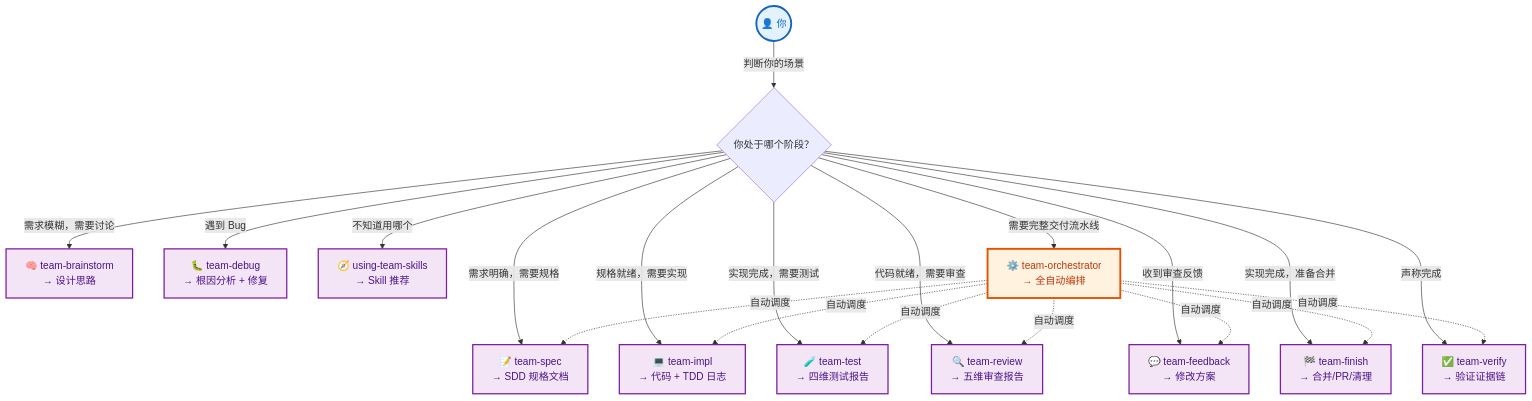
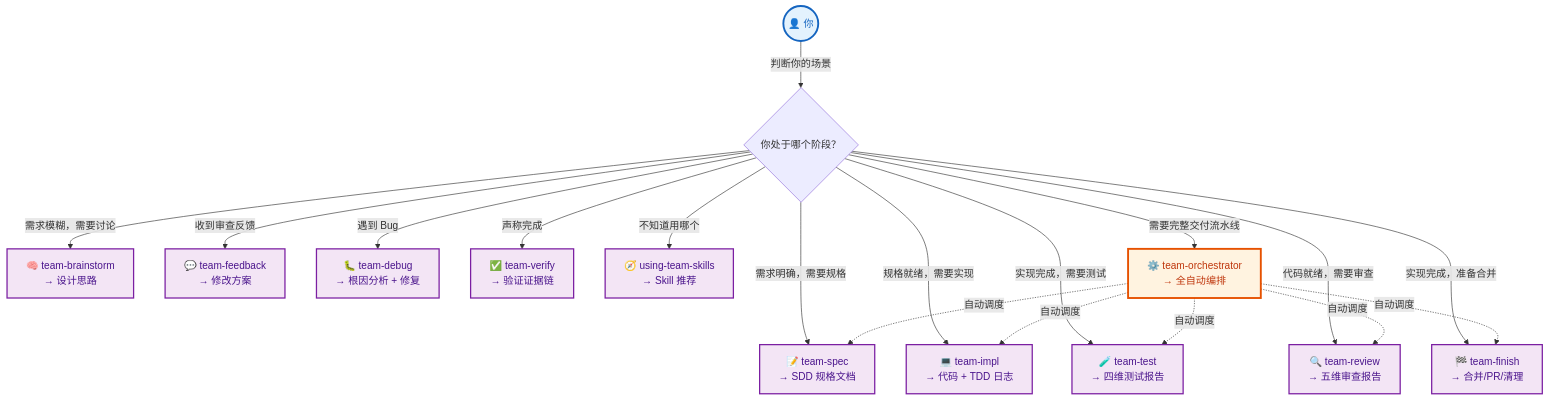
The second of 2 diagrams in README.md (andeya/team-skills), drawn with Mermaid before and after one commit. The commit also changed other lines of this file and 17 other files, not shown here.

First line of the commit message:
fix: flow audit polish — execution order, cross-skill consistency, README accuracy

````diff
--- a/README.md
+++ b/README.md
@@ -234,29 +234,27 @@
 ```mermaid
 graph TD
     classDef user fill:#e3f2fd,stroke:#1565c0,stroke-width:3px,color:#1565c0;
     classDef skill fill:#f3e5f5,stroke:#7b1fa2,stroke-width:2px,color:#4a148c;
     classDef orch fill:#fff3e0,stroke:#e65100,stroke-width:3px,color:#bf360c;
 
     YOU((👤 你)):::user
     YOU -->|"判断你的场景"| Q{你处于哪个阶段？}
 
     Q -->|"需求模糊，需要讨论"| BRAIN[🧠 team-brainstorm<br/>→ 设计思路]:::skill
     Q -->|"需求明确，需要规格"| SPEC[📝 team-spec<br/>→ SDD 规格文档]:::skill
     Q -->|"规格就绪，需要实现"| IMPL[💻 team-impl<br/>→ 代码 + TDD 日志]:::skill
     Q -->|"实现完成，需要测试"| TEST[🧪 team-test<br/>→ 四维测试报告]:::skill
     Q -->|"代码就绪，需要审查"| REVIEW[🔍 team-review<br/>→ 五维审查报告]:::skill
     Q -->|"收到审查反馈"| FB[💬 team-feedback<br/>→ 修改方案]:::skill
     Q -->|"遇到 Bug"| DEBUG[🐛 team-debug<br/>→ 根因分析 + 修复]:::skill
     Q -->|"实现完成，准备合并"| FINISH[🏁 team-finish<br/>→ 合并/PR/清理]:::skill
     Q -->|"声称完成"| VERIFY[✅ team-verify<br/>→ 验证证据链]:::skill
     Q -->|"不知道用哪个"| USING[🧭 using-team-skills<br/>→ Skill 推荐]:::skill
     Q -->|"需要完整交付流水线"| ORCH[⚙️ team-orchestrator<br/>→ 全自动编排]:::orch
 
     ORCH -.->|自动调度| SPEC
     ORCH -.->|自动调度| IMPL
     ORCH -.->|自动调度| TEST
     ORCH -.->|自动调度| REVIEW
-    ORCH -.->|自动调度| FB
     ORCH -.->|自动调度| FINISH
-    ORCH -.->|自动调度| VERIFY
 ```
````
